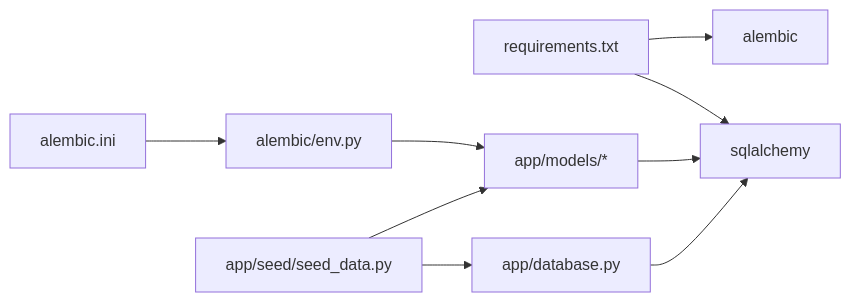
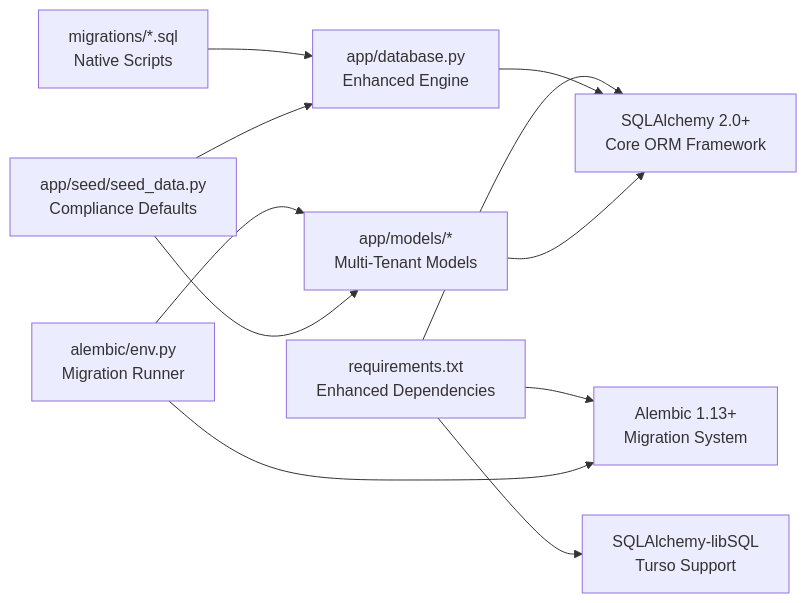
The sixth of 6 diagrams in .qoder/repowiki/en/content/Database Configuration.md (bikinaplikasipakeqoder-dot/payroll-hris), drawn with Mermaid before and after one commit. The commit also changed other lines of this file and 22 other files, not shown here.

````diff
--- a/.qoder/repowiki/en/content/Database Configuration.md
+++ b/.qoder/repowiki/en/content/Database Configuration.md
@@ -289,11 +331,22 @@
 ```mermaid
 graph LR
-REQ["requirements.txt"] --> SA["sqlalchemy"]
-REQ --> ALEMBIC["alembic"]
-APP_DB["app/database.py"] --> SA
-APP_MODELS["app/models/*"] --> SA
-ALEMBIC_ENV["alembic/env.py"] --> APP_MODELS
-ALEMBIC_CONF["alembic.ini"] --> ALEMBIC_ENV
-SEED["app/seed/seed_data.py"] --> APP_DB
-SEED --> APP_MODELS
+REQUIREMENTS["requirements.txt<br/>Enhanced Dependencies"]
+SA["SQLAlchemy 2.0+<br/>Core ORM Framework"]
+ALEMBIC["Alembic 1.13+<br/>Migration System"]
+LIBSQL["SQLAlchemy-libSQL<br/>Turso Support"]
+APP_DB["app/database.py<br/>Enhanced Engine"]
+MODELS["app/models/*<br/>Multi-Tenant Models"]
+ALEMBIC_ENV["alembic/env.py<br/>Migration Runner"]
+SQL_MIG["migrations/*.sql<br/>Native Scripts"]
+SEED["app/seed/seed_data.py<br/>Compliance Defaults"]
+REQUIREMENTS --> SA
+REQUIREMENTS --> ALEMBIC
+REQUIREMENTS --> LIBSQL
+APP_DB --> SA
+MODELS --> SA
+ALEMBIC_ENV --> MODELS
+ALEMBIC_ENV --> ALEMBIC
+SQL_MIG --> APP_DB
+SEED --> APP_DB
+SEED --> MODELS
 ```
````
